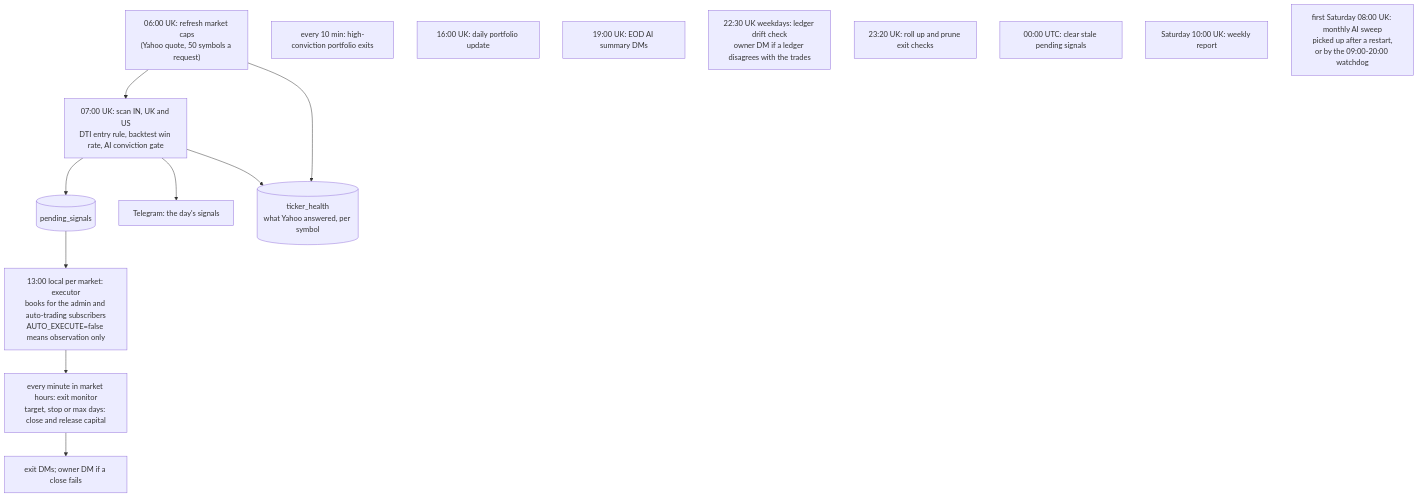
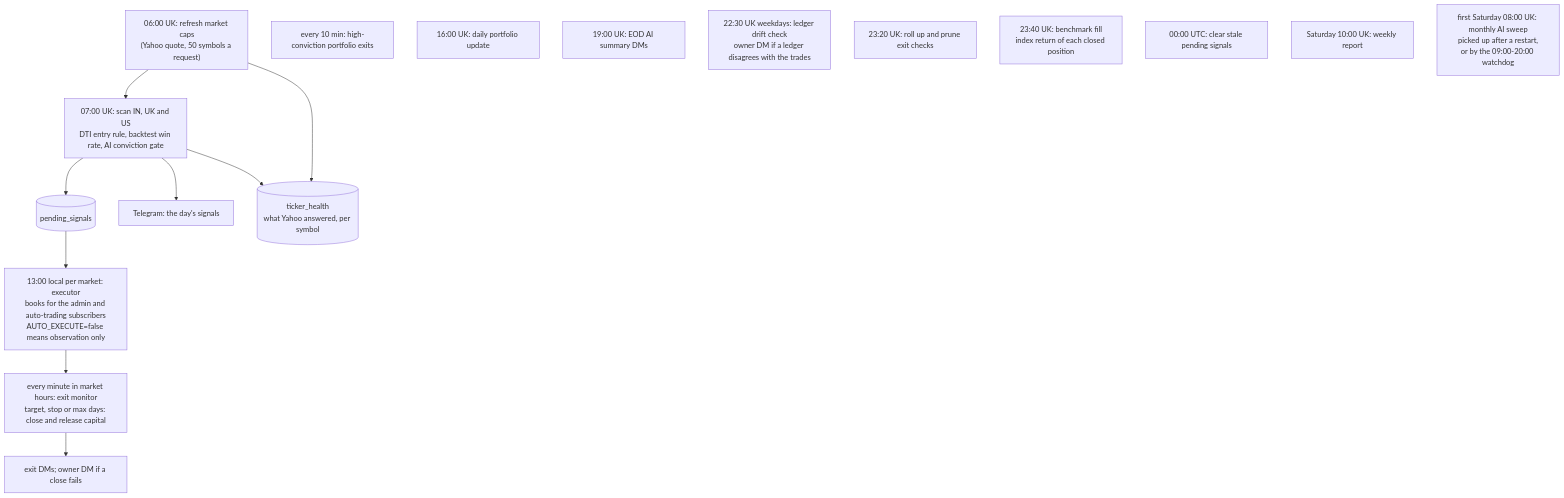
The second of 2 diagrams in README.md (ketanswebsite/signalforge), drawn with Mermaid before and after one commit. The commit also changed other lines of this file and 12 other files, not shown here.

First line of the commit message:
Stamp every trade with its rules' version; add each close's index return

````diff
--- a/README.md
+++ b/README.md
@@ -291,19 +292,20 @@
 ```mermaid
 flowchart TB
   MC["06:00 UK: refresh market caps<br/>(Yahoo quote, 50 symbols a request)"] --> SC
   SC["07:00 UK: scan IN, UK and US<br/>DTI entry rule, backtest win rate, AI conviction gate"] --> PS[("pending_signals")]
   SC --> TB["Telegram: the day's signals"]
   MC --> TH[("ticker_health<br/>what Yahoo answered, per symbol")]
   SC --> TH
   PS --> EX["13:00 local per market: executor<br/>books for the admin and auto-trading subscribers<br/>AUTO_EXECUTE=false means observation only"]
   EX --> MON["every minute in market hours: exit monitor<br/>target, stop or max days: close and release capital"]
   MON --> DM["exit DMs; owner DM if a close fails"]
   HC["every 10 min: high-conviction portfolio exits"]
   UP["16:00 UK: daily portfolio update"]
   EOD["19:00 UK: EOD AI summary DMs"]
   LD["22:30 UK weekdays: ledger drift check<br/>owner DM if a ledger disagrees with the trades"]
   RET["23:20 UK: roll up and prune exit checks"]
+  BF["23:40 UK: benchmark fill<br/>index return of each closed position"]
   CL["00:00 UTC: clear stale pending signals"]
   WK["Saturday 10:00 UK: weekly report"]
   SW["first Saturday 08:00 UK: monthly AI sweep<br/>picked up after a restart,<br/>or by the 09:00-20:00 watchdog"]
 ```
````
